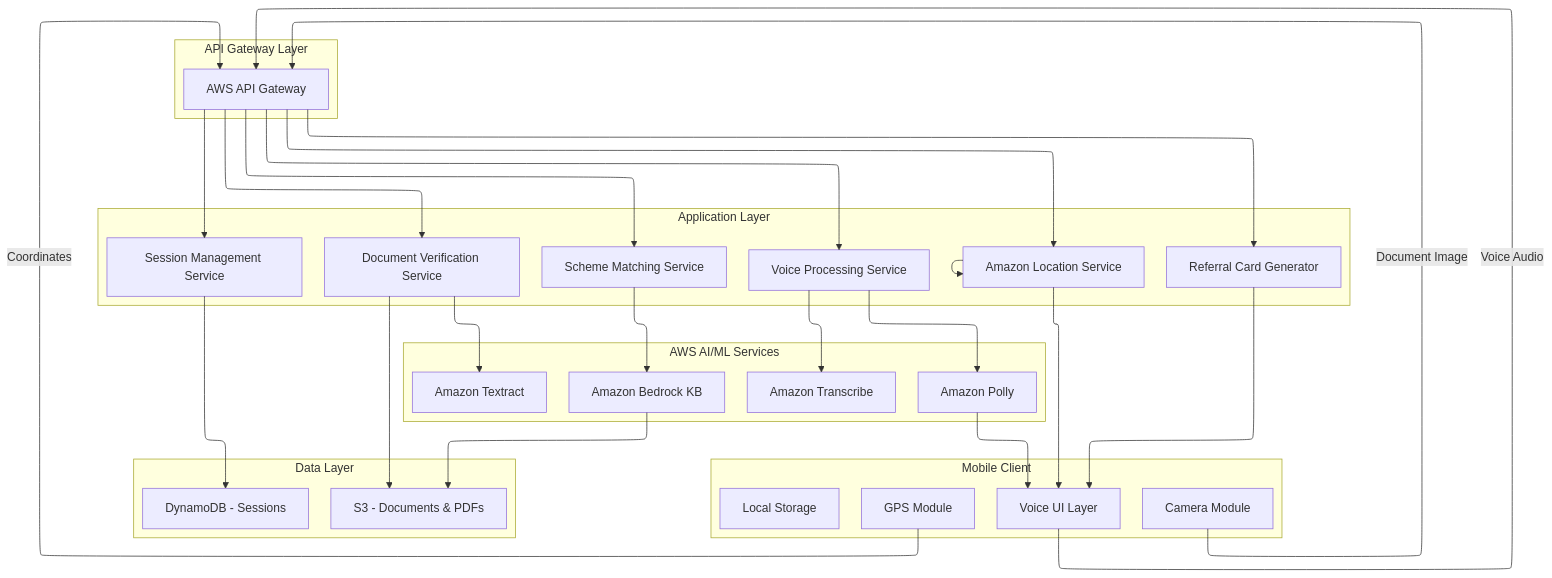
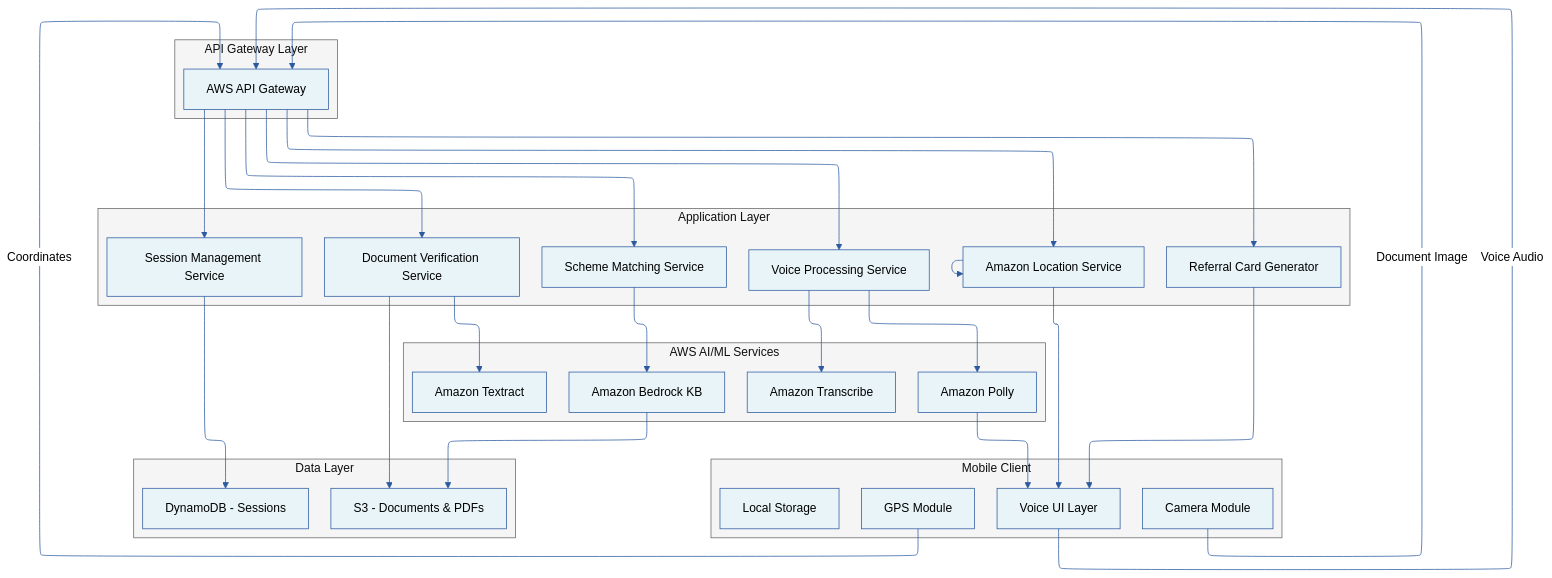
Before and after one commit to Delta17920/ai4bharat: the first of 2 diagrams in .kiro/specs/jan-sahayak/design.md, drawn with Mermaid. The commit also changed other lines of this file, not shown here.

````diff
--- a/.kiro/specs/jan-sahayak/design.md
+++ b/.kiro/specs/jan-sahayak/design.md
@@ -30,65 +30,61 @@
 ```mermaid
----
-config:
-  layout: elk
-  theme: mc
----
+%%{init: {'theme':'base', 'themeVariables': { 'primaryColor':'#e8f4f8','primaryTextColor':'#000','primaryBorderColor':'#2c5aa0','lineColor':'#2c5aa0','secondaryColor':'#fff4e6','tertiaryColor':'#f0f0f0','background':'#ffffff','mainBkg':'#e8f4f8','secondBkg':'#fff4e6','tertiaryBkg':'#f0f0f0','textColor':'#000','nodeBorder':'#2c5aa0','clusterBkg':'#f5f5f5','clusterBorder':'#666','edgeLabelBackground':'#ffffff'}, 'flowchart': {'defaultRenderer': 'elk'}}}%%
 graph TB
     subgraph "Mobile Client"
         UI[Voice UI Layer]
         CAM[Camera Module]
         GPS[GPS Module]
         STORE[Local Storage]
     end
     
     subgraph "API Gateway Layer"
         APIGW[AWS API Gateway]
     end
     
     subgraph "Application Layer"
         VOICE[Voice Processing Service]
         DOC[Document Verification Service]
         SCHEME[Scheme Matching Service]
         SESSION[Session Management Service]
         LOCATION[Location Routing Service]
         CARD[Referral Card Generator]
     end
     
     subgraph "AWS AI/ML Services"
         TRANSCRIBE[Amazon Transcribe]
         POLLY[Amazon Polly]
         TEXTRACT[Amazon Textract]
         BEDROCK[Amazon Bedrock KB]
     end
     
     subgraph "Data Layer"
         DYNAMO[DynamoDB - Sessions]
         S3[S3 - Documents & PDFs]
         LOCATION[Amazon Location Service]
     end
     
     UI -->|Voice Audio| APIGW
     CAM -->|Document Image| APIGW
     GPS -->|Coordinates| APIGW
     
     APIGW --> VOICE
     APIGW --> DOC
     APIGW --> SCHEME
     APIGW --> SESSION
     APIGW --> LOCATION
     APIGW --> CARD
     
     VOICE --> TRANSCRIBE
     VOICE --> POLLY
     DOC --> TEXTRACT
     SCHEME --> BEDROCK
     LOCATION --> LOCATION
     
     SESSION --> DYNAMO
     DOC --> S3
     BEDROCK --> S3
     
     CARD --> UI
     POLLY --> UI
     LOCATION --> UI
 ```
````
